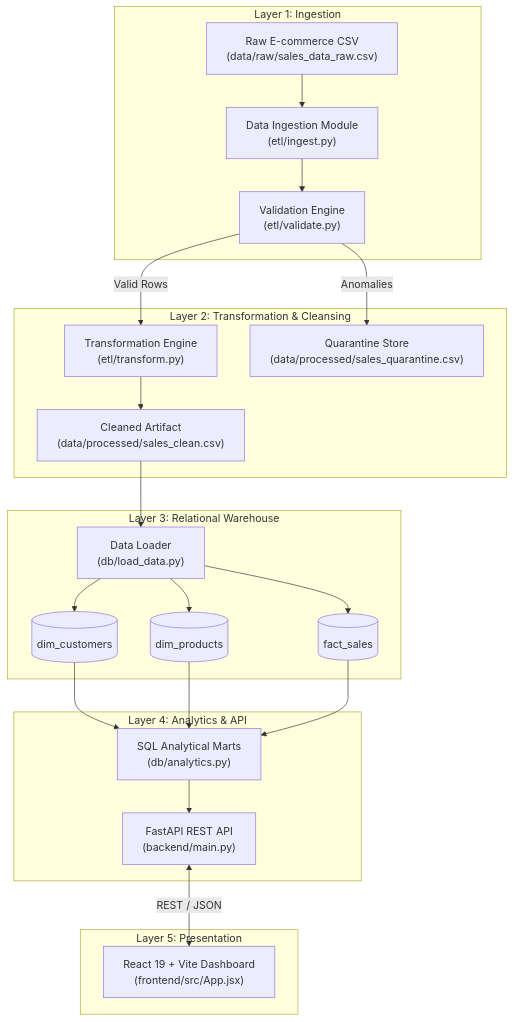
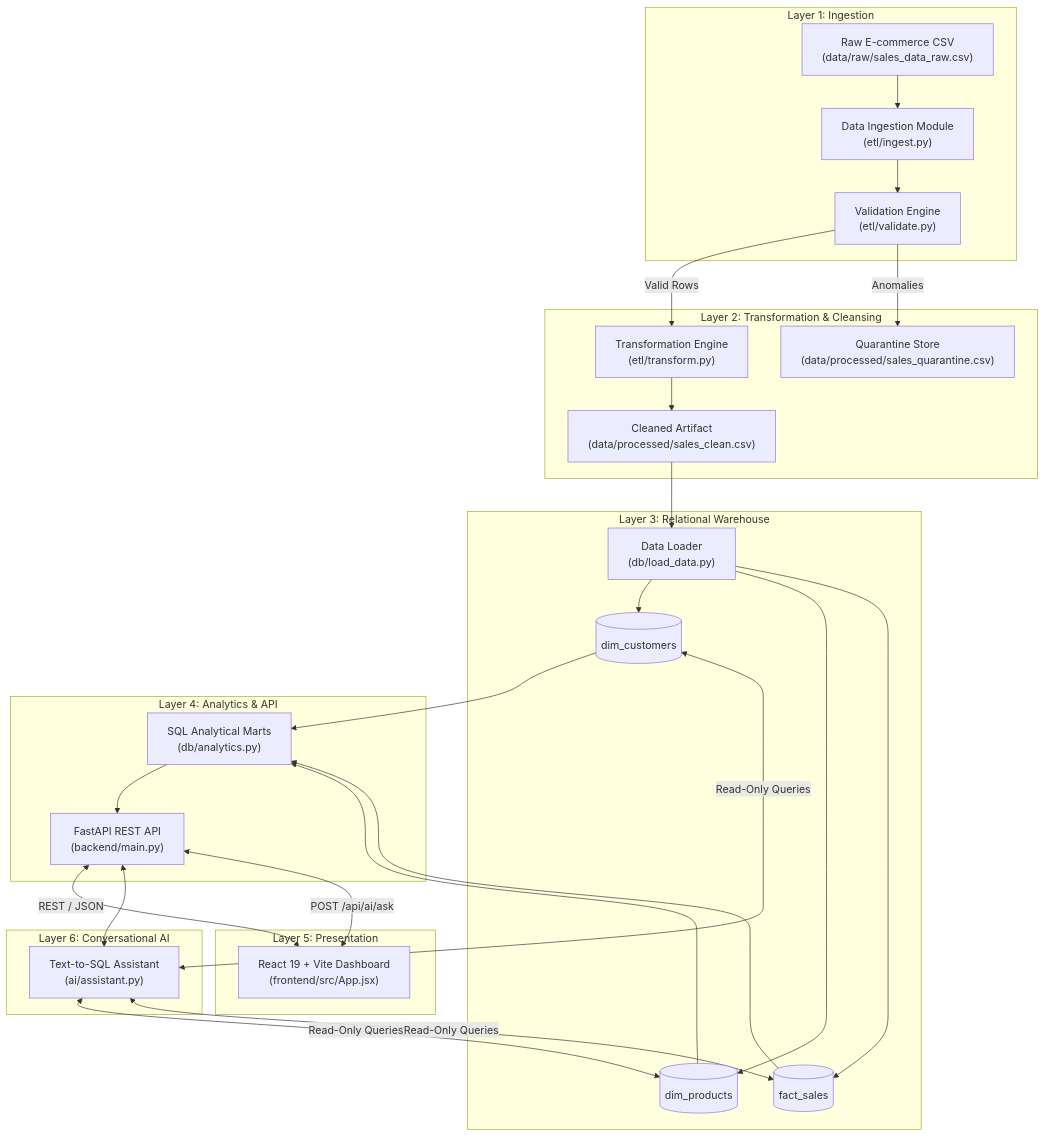
Before and after one commit to Manoj-git17/DataPulse: the diagram in docs/ARCHITECTURE.md, drawn with Mermaid. The commit also changed other lines of this file and 5 other files, not shown here.

````diff
--- a/docs/ARCHITECTURE.md
+++ b/docs/ARCHITECTURE.md
@@ -10,35 +10,42 @@
 ```mermaid
 flowchart TD
     subgraph Layer 1: Ingestion
         CSV["Raw E-commerce CSV\n(data/raw/sales_data_raw.csv)"]
         Ingest["Data Ingestion Module\n(etl/ingest.py)"]
         Validate["Validation Engine\n(etl/validate.py)"]
         CSV --> Ingest --> Validate
     end
 
     subgraph Layer 2: Transformation & Cleansing
         Transform["Transformation Engine\n(etl/transform.py)"]
         Validate -- Valid Rows --> Transform
         Validate -- Anomalies --> Quarantine["Quarantine Store\n(data/processed/sales_quarantine.csv)"]
         Transform --> CleanCSV["Cleaned Artifact\n(data/processed/sales_clean.csv)"]
     end
 
     subgraph Layer 3: Relational Warehouse
         Loader["Data Loader\n(db/load_data.py)"]
         CleanCSV --> Loader
         Loader --> CustDim[("dim_customers")]
         Loader --> ProdDim[("dim_products")]
         Loader --> SalesFact[("fact_sales")]
     end
 
     subgraph Layer 4: Analytics & API
         SQL["SQL Analytical Marts\n(db/analytics.py)"]
         FastAPI["FastAPI REST API\n(backend/main.py)"]
         CustDim & ProdDim & SalesFact --> SQL --> FastAPI
     end
 
     subgraph Layer 5: Presentation
         React["React 19 + Vite Dashboard\n(frontend/src/App.jsx)"]
         FastAPI <-->|REST / JSON| React
     end
+
+    subgraph Layer 6: Conversational AI
+        AI["Text-to-SQL Assistant\n(ai/assistant.py)"]
+        React <-->|POST /api/ai/ask| FastAPI
+        FastAPI <--> AI
+        AI <-->|Read-Only Queries| CustDim & ProdDim & SalesFact
+    end
 ```
````
